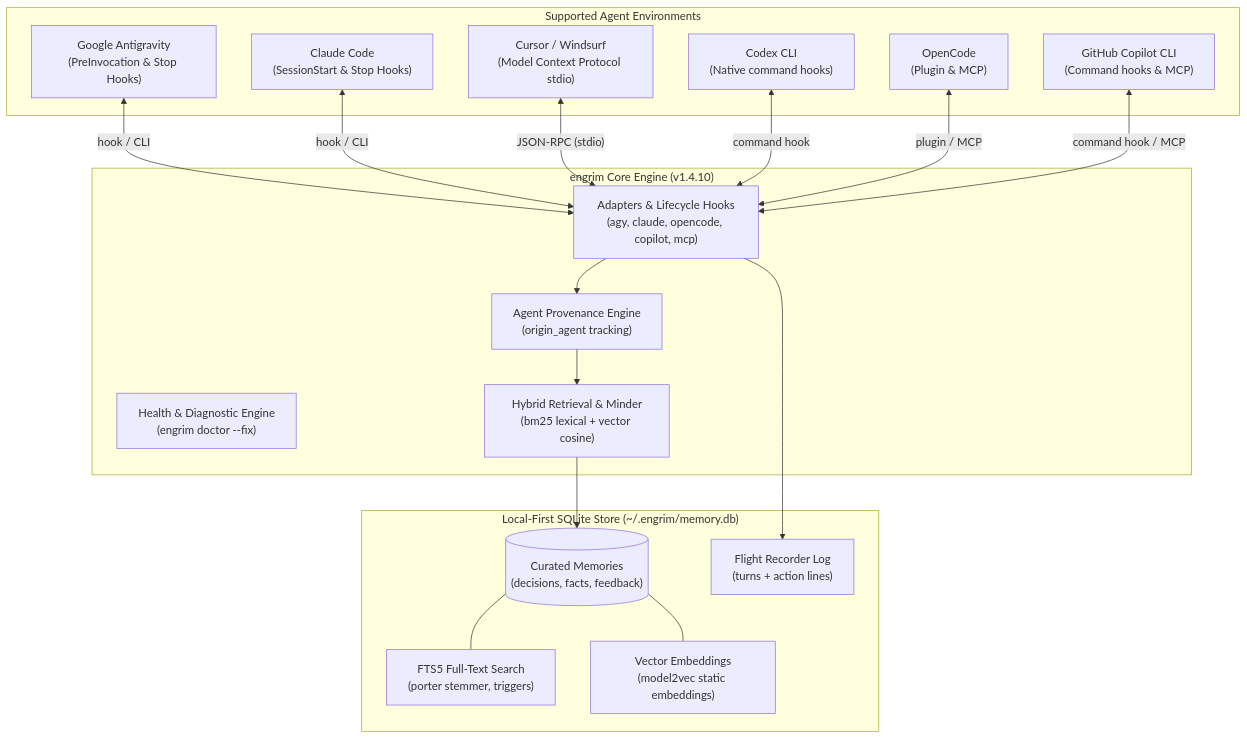
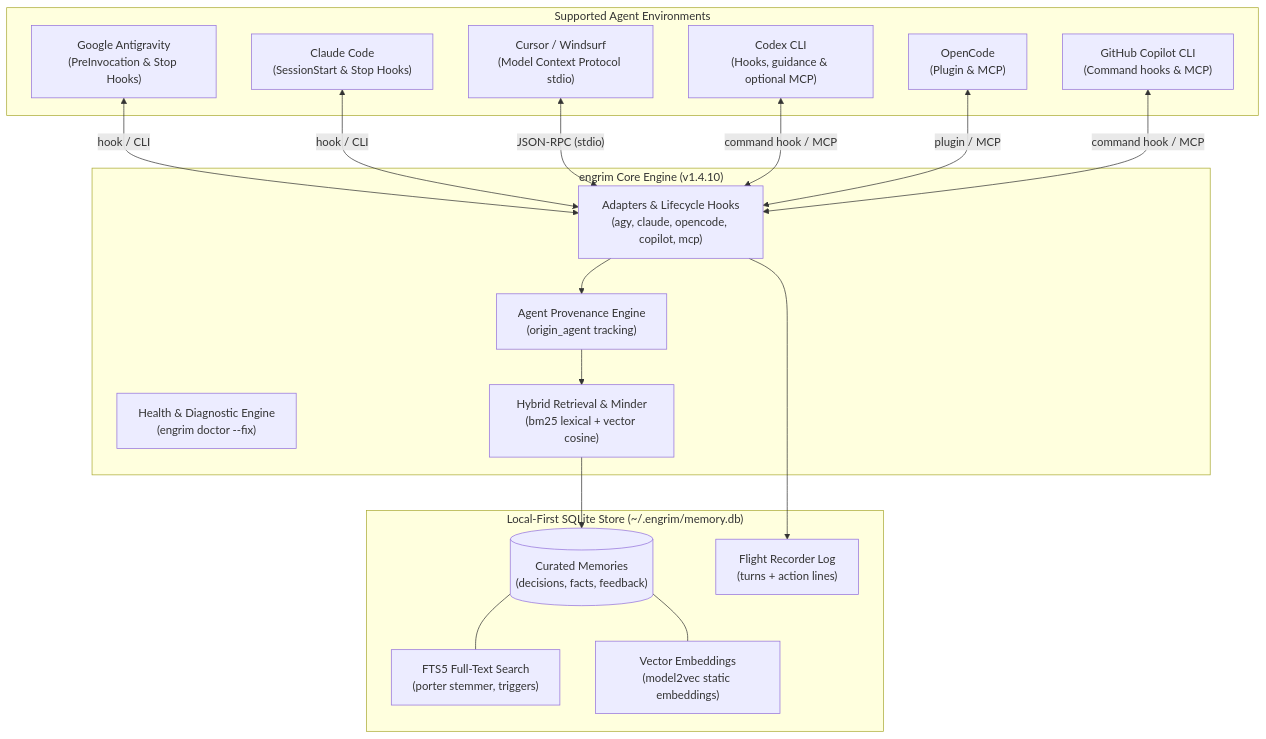
The diagram in README.md (HinchK/engrim), drawn with Mermaid before and after one commit. The commit also changed other lines of this file and 10 other files, not shown here.

First line of the commit message:
feat: improve Codex setup with guidance and MCP (#22)

````diff
--- a/README.md
+++ b/README.md
@@ -39,38 +39,38 @@
 ```mermaid
 graph TD
     subgraph Agents ["Supported Agent Environments"]
         AGY["Google Antigravity<br/>(PreInvocation & Stop Hooks)"]
         CLAUDE["Claude Code<br/>(SessionStart & Stop Hooks)"]
         CURSOR["Cursor / Windsurf<br/>(Model Context Protocol stdio)"]
-        CODEX["Codex CLI<br/>(Native command hooks)"]
+        CODEX["Codex CLI<br/>(Hooks, guidance & optional MCP)"]
         OPENCODE["OpenCode<br/>(Plugin & MCP)"]
         COPILOT["GitHub Copilot CLI<br/>(Command hooks & MCP)"]
     end
 
     subgraph CoreEngine ["engrim Core Engine (v1.4.10)"]
         ADAPTERS["Adapters & Lifecycle Hooks<br/>(agy, claude, opencode, copilot, mcp)"]
         DOCTOR["Health & Diagnostic Engine<br/>(engrim doctor --fix)"]
         PROVENANCE["Agent Provenance Engine<br/>(origin_agent tracking)"]
         ROUTER["Hybrid Retrieval & Minder<br/>(bm25 lexical + vector cosine)"]
     end
 
     subgraph Storage ["Local-First SQLite Store (~/.engrim/memory.db)"]
         MEMORIES[("Curated Memories<br/>(decisions, facts, feedback)")]
         FTS5["FTS5 Full-Text Search<br/>(porter stemmer, triggers)"]
         VEC["Vector Embeddings<br/>(model2vec static embeddings)"]
         LOG["Flight Recorder Log<br/>(turns + action lines)"]
     end
 
     AGY <-->|"hook / CLI"| ADAPTERS
     CLAUDE <-->|"hook / CLI"| ADAPTERS
     CURSOR <-->|"JSON-RPC (stdio)"| ADAPTERS
-    CODEX <-->|"command hook"| ADAPTERS
+    CODEX <-->|"command hook / MCP"| ADAPTERS
     OPENCODE <-->|"plugin / MCP"| ADAPTERS
     COPILOT <-->|"command hook / MCP"| ADAPTERS
     ADAPTERS --> PROVENANCE
     PROVENANCE --> ROUTER
     ROUTER --> MEMORIES
     MEMORIES --- FTS5
     MEMORIES --- VEC
     ADAPTERS --> LOG
 ```
````
